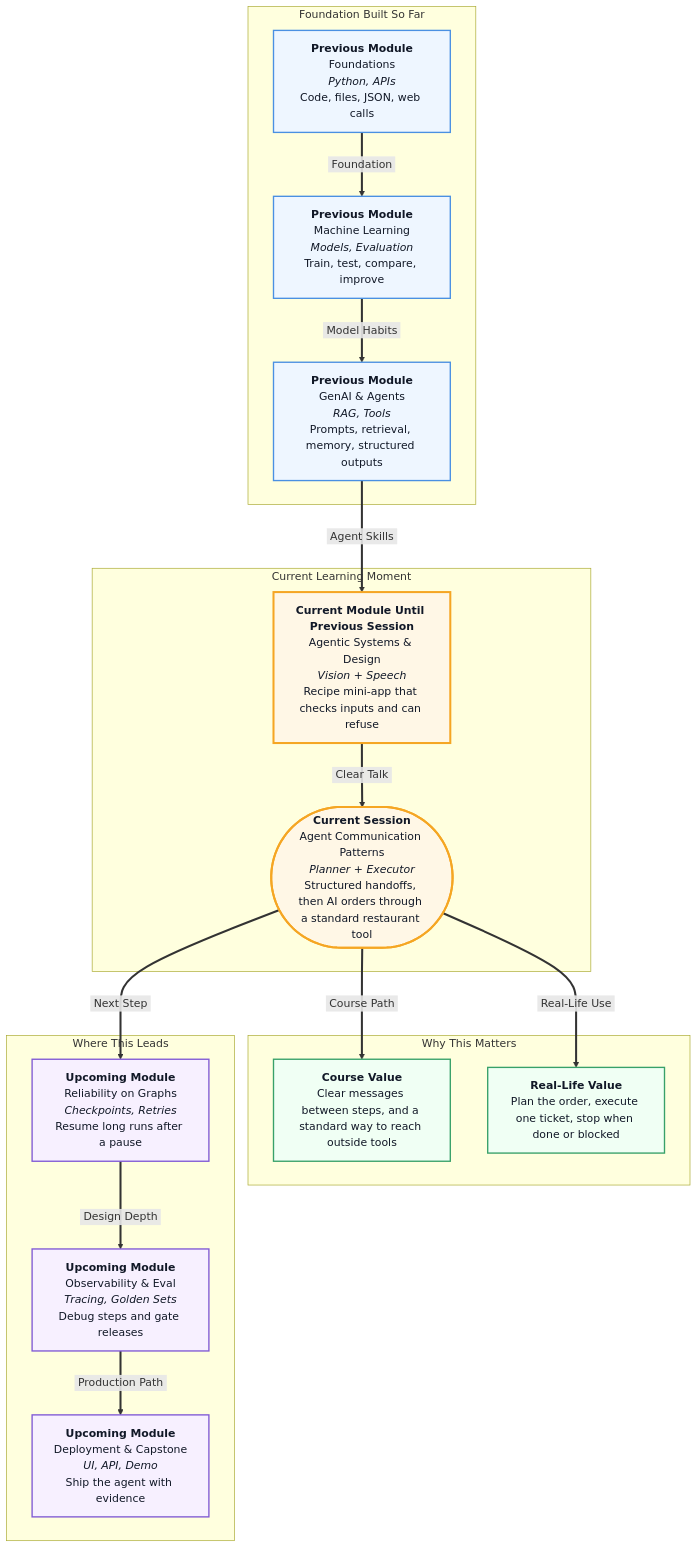
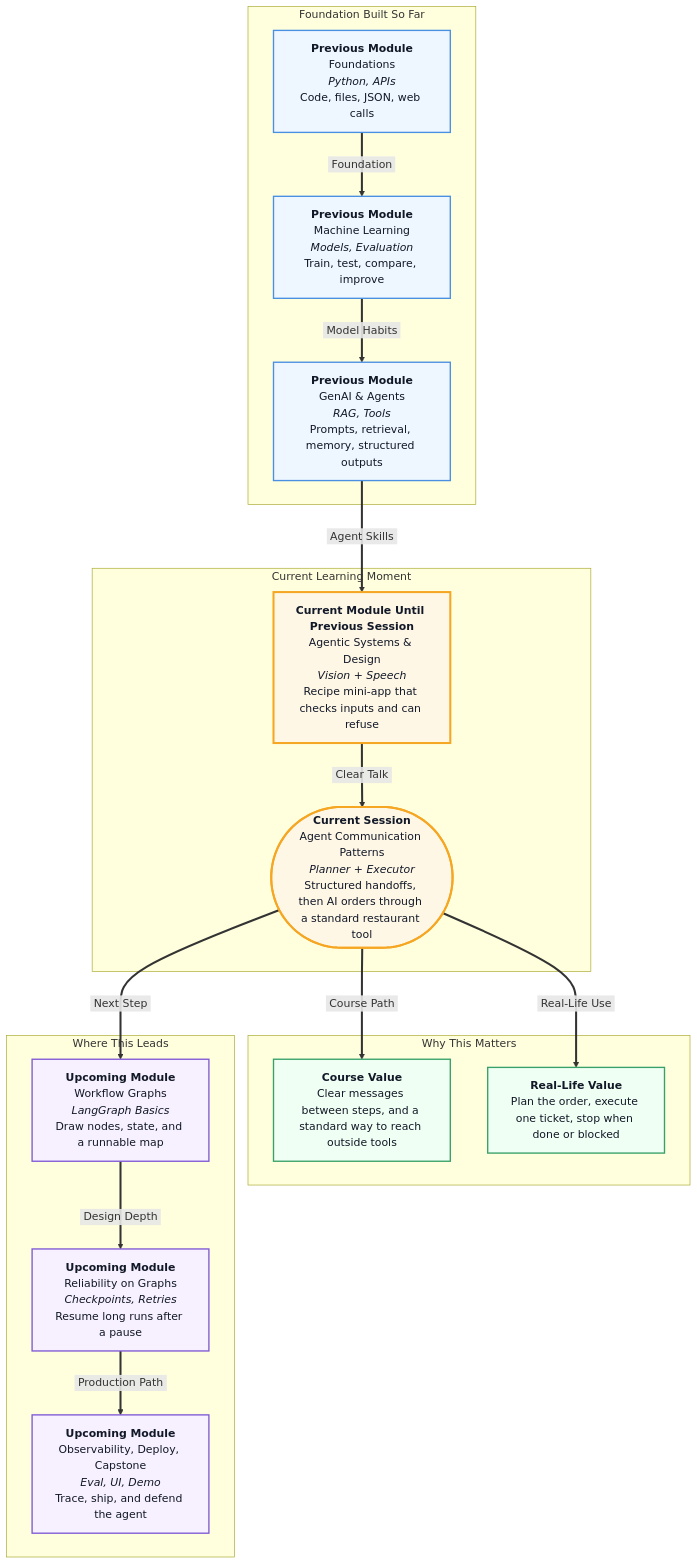
Before and after one commit to ABVenu/IIT_Sessions_Content: the diagram in iitr-as-2603/Module4/Session41/Mental Map.md, drawn with Mermaid. The commit also changed 86 other files, not shown here.

````diff
--- a/iitr-as-2603/Module4/Session41/Mental Map.md
+++ b/iitr-as-2603/Module4/Session41/Mental Map.md
@@ -1,46 +1,46 @@
 ```mermaid
 %%{init: {"flowchart": {"nodeSpacing": 55, "rankSpacing": 70, "diagramPadding": 20}} }%%
 flowchart TB
   subgraph Foundation["Foundation Built So Far"]
     M1["<b>Previous Module</b><br/>Foundations<br/><i>Python, APIs</i><br/>Code, files, JSON, web calls"]
     M2["<b>Previous Module</b><br/>Machine Learning<br/><i>Models, Evaluation</i><br/>Train, test, compare, improve"]
     M3["<b>Previous Module</b><br/>GenAI &amp; Agents<br/><i>RAG, Tools</i><br/>Prompts, retrieval, memory, structured outputs"]
   end
 
   subgraph Current["Current Learning Moment"]
     CM["<b>Current Module Until Previous Session</b><br/>Agentic Systems &amp; Design<br/><i>Vision + Speech</i><br/>Recipe mini-app that checks inputs and can refuse"]
     CS(["<b>Current Session</b><br/>Agent Communication Patterns<br/><i>Planner + Executor</i><br/>Structured handoffs, then AI orders through a standard restaurant tool"])
   end
 
   subgraph Value["Why This Matters"]
     CV["<b>Course Value</b><br/>Clear messages between steps, and a standard way to reach outside tools"]
     RV["<b>Real-Life Value</b><br/>Plan the order, execute one ticket, stop when done or blocked"]
   end
 
   subgraph Future["Where This Leads"]
-    F1["<b>Upcoming Module</b><br/>Reliability on Graphs<br/><i>Checkpoints, Retries</i><br/>Resume long runs after a pause"]
-    F2["<b>Upcoming Module</b><br/>Observability &amp; Eval<br/><i>Tracing, Golden Sets</i><br/>Debug steps and gate releases"]
-    F3["<b>Upcoming Module</b><br/>Deployment &amp; Capstone<br/><i>UI, API, Demo</i><br/>Ship the agent with evidence"]
+    F1["<b>Upcoming Module</b><br/>Workflow Graphs<br/><i>LangGraph Basics</i><br/>Draw nodes, state, and a runnable map"]
+    F2["<b>Upcoming Module</b><br/>Reliability on Graphs<br/><i>Checkpoints, Retries</i><br/>Resume long runs after a pause"]
+    F3["<b>Upcoming Module</b><br/>Observability, Deploy, Capstone<br/><i>Eval, UI, Demo</i><br/>Trace, ship, and defend the agent"]
   end
 
   M1 ==>|&nbsp;Foundation&nbsp;| M2
   M2 ==>|&nbsp;Model Habits&nbsp;| M3
   M3 ==>|&nbsp;Agent Skills&nbsp;| CM
   CM ==>|&nbsp;Clear Talk&nbsp;| CS
   CS ==>|&nbsp;Course Path&nbsp;| CV
   CS ==>|&nbsp;Real-Life Use&nbsp;| RV
   CS ==>|&nbsp;Next Step&nbsp;| F1
   F1 ==>|&nbsp;Design Depth&nbsp;| F2
   F2 ==>|&nbsp;Production Path&nbsp;| F3
 
   classDef previous fill:#EEF6FF,stroke:#4A90E2,stroke-width:2px,color:#111827
   classDef current fill:#FFF7E6,stroke:#F5A623,stroke-width:3px,color:#111827
   classDef value fill:#F0FFF4,stroke:#38A169,stroke-width:2px,color:#111827
   classDef future fill:#F7F0FF,stroke:#805AD5,stroke-width:2px,color:#111827
 
   class M1,M2,M3 previous
   class CM,CS current
   class CV,RV value
   class F1,F2,F3 future
   linkStyle default stroke-width:3px
 ```
````
